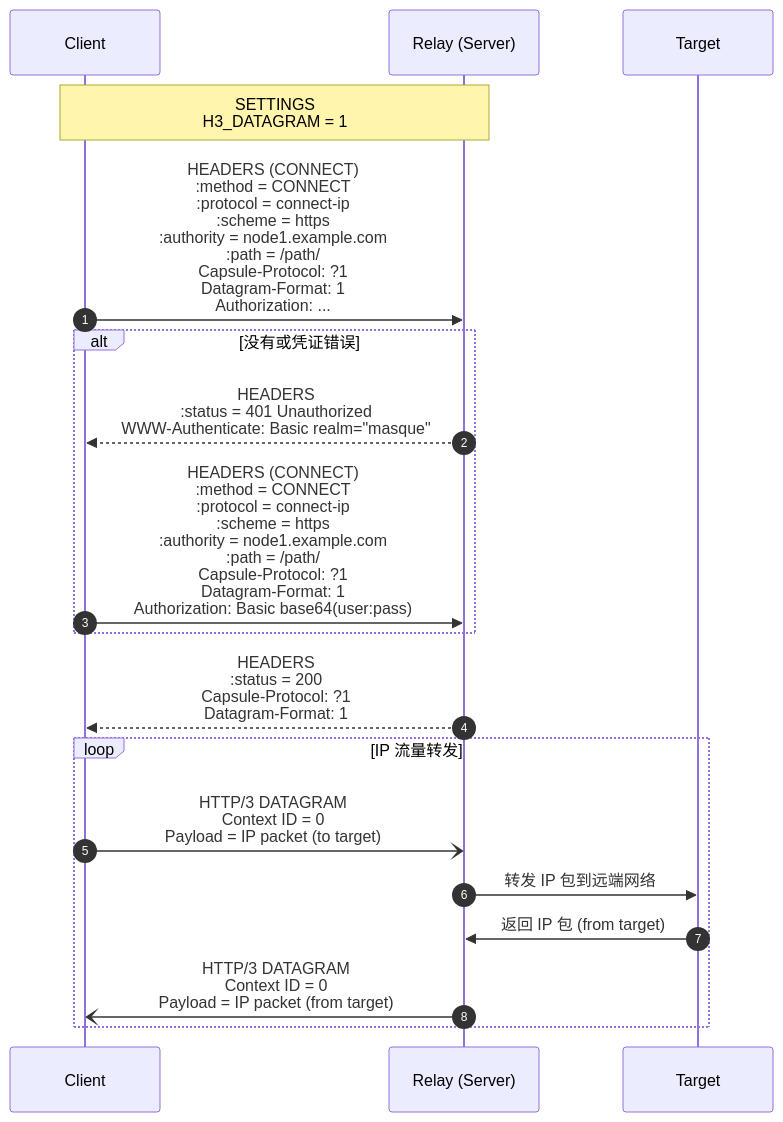
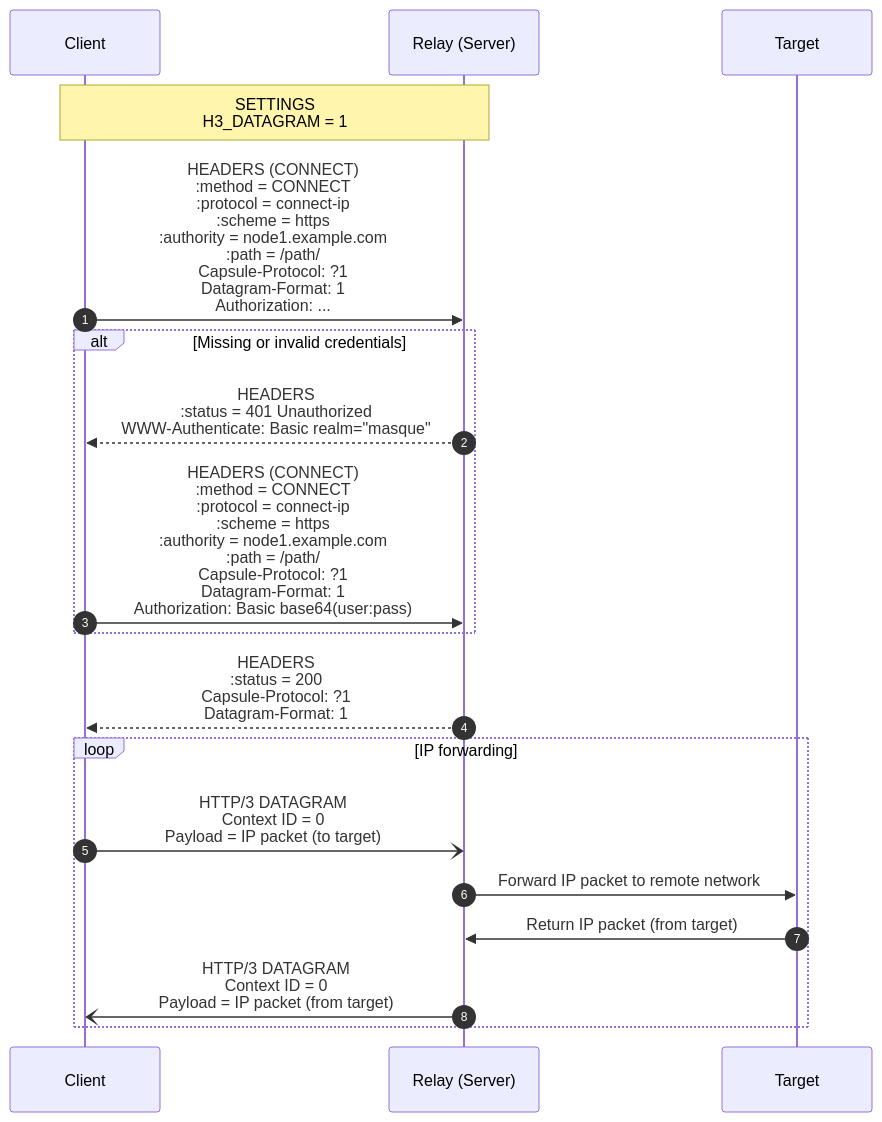
One commit to sands-lab/h3llo changed the diagram in docs/protocol.md. Above: the diagram before and after it, drawn with Mermaid. The commit also changed other lines of this file and 1 other file, not shown here.

````diff
--- a/docs/protocol.md
+++ b/docs/protocol.md
@@ -32,34 +32,34 @@
 ```mermaid
 sequenceDiagram
     autonumber
     participant C as Client
     participant P as Relay (Server)
     participant N as Target
 
-    %% 1. 建立 HTTP/3 连接（QUIC + TLS）
+    %% 1. Establish HTTP/3 connection (QUIC + TLS)
     %% C->>P: QUIC/TLS 1.3 Handshake (ALPN: h3)
     Note over C,P: SETTINGS<br>H3_DATAGRAM = 1
 
-    %% 2. 第一次发起 CONNECT-IP（可能还没带凭证）
+    %% 2. First CONNECT-IP attempt (credentials may be absent)
     C->>P: HEADERS (CONNECT)<br>:method = CONNECT<br>:protocol = connect-ip<br>:scheme = https<br>:authority = node1.example.com<br>:path = /path/<br>Capsule-Protocol: ?1<br>Datagram-Format: 1<br>Authorization: ...
 
-    alt 没有或凭证错误
-        %% 3. 服务器要求 Basic Auth
+    alt Missing or invalid credentials
+        %% 3. Server challenges with Basic Auth
         P-->>C: HEADERS<br>:status = 401 Unauthorized<br>WWW-Authenticate: Basic realm="masque"
 
-        %% 4. 客户端带上 Basic Auth 重新发起 CONNECT-IP
+        %% 4. Client retries CONNECT-IP with Basic Auth
         C->>P: HEADERS (CONNECT)<br>:method = CONNECT<br>:protocol = connect-ip<br>:scheme = https<br>:authority = node1.example.com<br>:path = /path/<br>Capsule-Protocol: ?1<br>Datagram-Format: 1<br>Authorization: Basic base64(user:pass)
     end
 
-    %% 5. CONNECT-IP 建立成功
+    %% 5. CONNECT-IP established
     P-->>C: HEADERS<br>:status = 200<br>Capsule-Protocol: ?1<br>Datagram-Format: 1
 
-    %% 7. 隧道内 IP 流量（通过 HTTP Datagrams，Context ID = 0）
-    loop IP 流量转发
+    %% 7. In-tunnel IP traffic (HTTP Datagrams, Context ID = 0)
+    loop IP forwarding
         C-)P: HTTP/3 DATAGRAM<br>Context ID = 0<br>Payload = IP packet (to target)
-        P->>N: 转发 IP 包到远端网络
+        P->>N: Forward IP packet to remote network
 
-        N->>P: 返回 IP 包 (from target)
+        N->>P: Return IP packet (from target)
         P-)C: HTTP/3 DATAGRAM<br>Context ID = 0<br>Payload = IP packet (from target)
     end
 ```
````
